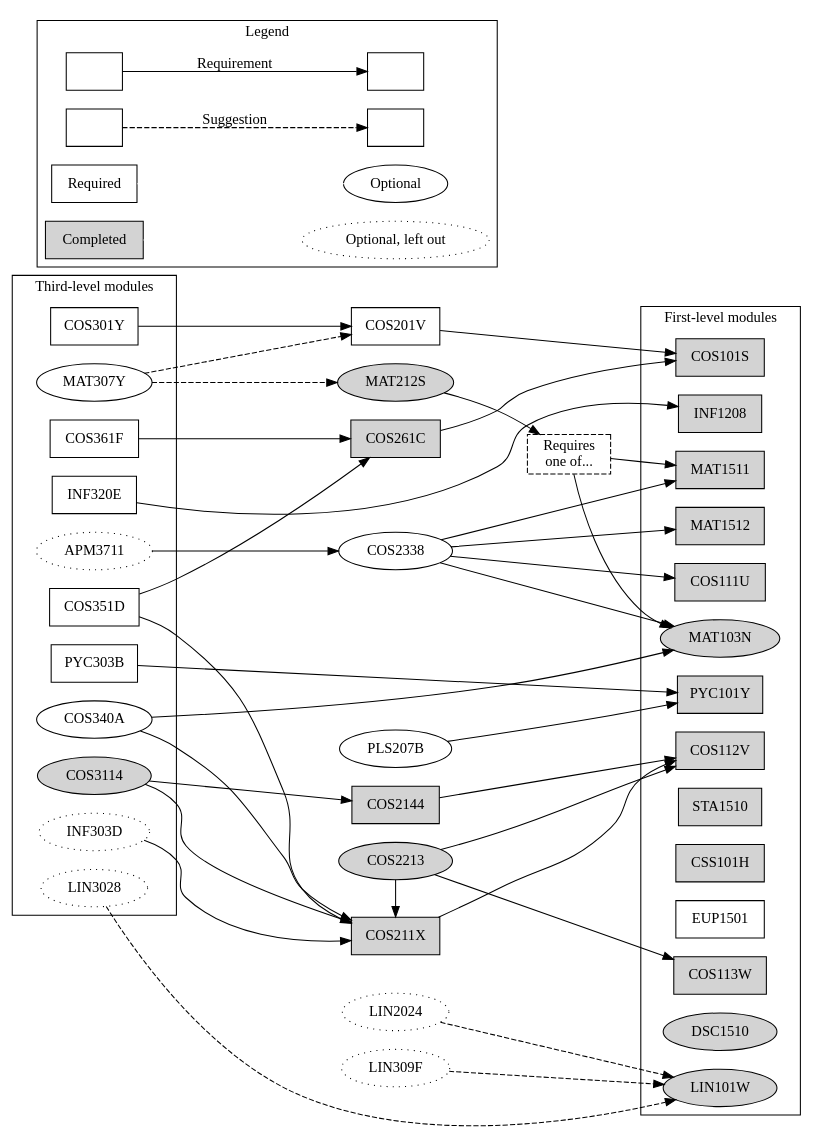
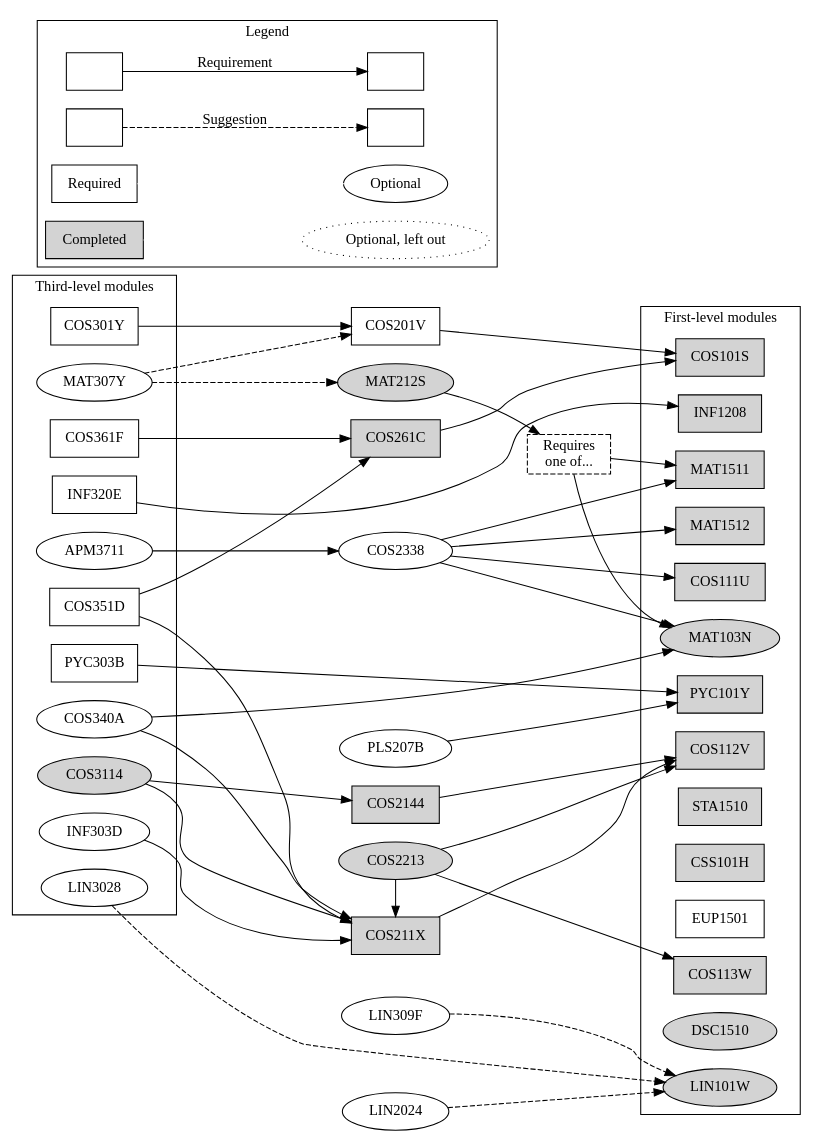
One commit to apauley/unisa-module-graph changed the diagram in ComputationalIntelligence.dot. Above: the diagram before and after it, drawn with Graphviz. The commit also changed 1 other file, not shown here.

Commit message:
Remove dotted ellipses

```diff
--- a/ComputationalIntelligence.dot
+++ b/ComputationalIntelligence.dot
@@ -1,95 +1,95 @@
 digraph ComputationalIntelligence {
     node [shape=box];
     rankdir=LR;
 
     subgraph cluster3 {
         label = "Third-level modules";
 
         {rank=same;
         COS301Y INF320E COS351D COS361F PYC303B}
 
         {rank=same; node [shape=ellipse];
         COS3114 [style=filled]
         MAT307Y COS340A
-        APM3711 [style=dotted]
-        INF303D [style=dotted]
-        LIN3028 [style=dotted]}
+        INF303D
+        LIN3028
+        APM3711}
     }
 
     {rank=same;
     COS201V
     {node [style=filled]; COS211X COS261C COS2144}}
 
     {rank=same; node [shape=ellipse];
     COS2338 PLS207B
     MAT212S [style=filled]
     COS2213 [style=filled]
-    LIN309F [style=dotted]
-    LIN2024 [style=dotted]}
+    LIN309F
+    LIN2024}
 
     MAT103OR151 [label="Requires\none of...", style=dashed];
 
     subgraph cluster1 {
         label = "First-level modules";
 
         {rank=same;
         {node [style=filled];
               COS101S COS112V COS113W INF1208 MAT1511 MAT1512
               PYC101Y COS111U STA1510 CSS101H}
         EUP1501}
 
         {rank=same; node [shape=ellipse];
             {node [style=filled];
                 MAT103N DSC1510 LIN101W}}
     }
 
 
     subgraph cluster0 {
         rankdir=LR;
         label = "Legend";
 
         Module1 [label=""];
         Module2 [label=""];
         Module3 [label=""];
         Module4 [label=""];
         Module2 -> Module1 [label="Requirement"]
         Module4 -> Module3 [label="Suggestion", style=dashed]
 
         Required;
         Completed [style=filled];
         Optional [shape=ellipse];
         Skipped [label="Optional, left out",shape=ellipse,style=dotted];
         Required -> Optional [color=white];
         Completed -> Skipped [color=white];
     }
 
 
     COS301Y -> {COS201V}
     INF320E -> {INF1208}
     COS351D -> {COS211X COS261C}
     COS361F -> {COS261C}
     PYC303B -> {PYC101Y}
 
     COS3114 -> {COS211X COS2144}
     APM3711 -> {COS2338}
     MAT307Y -> {MAT212S COS201V} [style=dashed]
     INF303D -> {COS211X}
     LIN3028 -> {LIN101W} [style=dashed]
     COS340A -> {COS211X MAT103N}
 
 
     COS201V -> {COS101S}
     COS211X -> {COS112V}
     COS261C -> {COS101S}
     COS2144 -> {COS112V}
 
     {rank=same; COS2213 COS211X}
     COS2213 -> {COS112V COS113W}
     COS2213 -> {COS211X}
     COS2338 -> {COS111U MAT103N MAT1511 MAT1512}
     MAT212S -> {MAT103OR151}
     MAT103OR151 -> {MAT103N MAT1511}
     LIN309F -> {LIN101W} [style=dashed]
     LIN2024 -> {LIN101W} [style=dashed]
     PLS207B -> {PYC101Y}
 }
```
